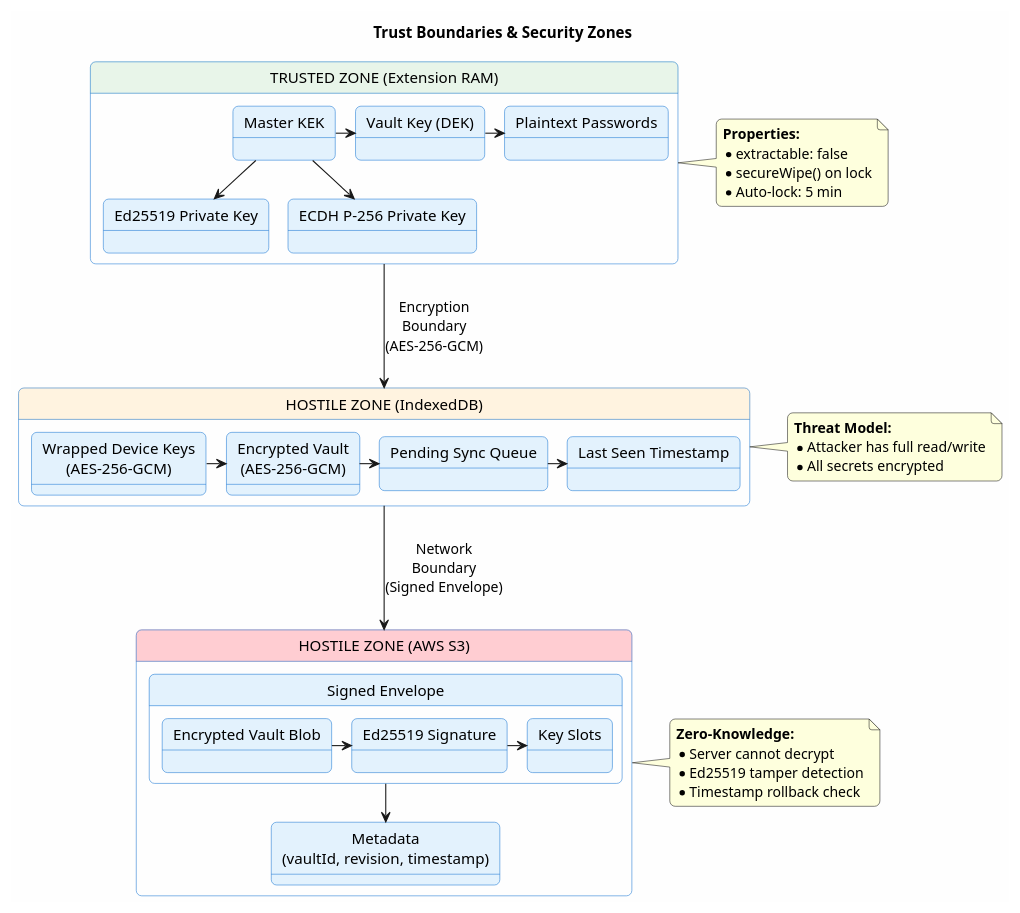
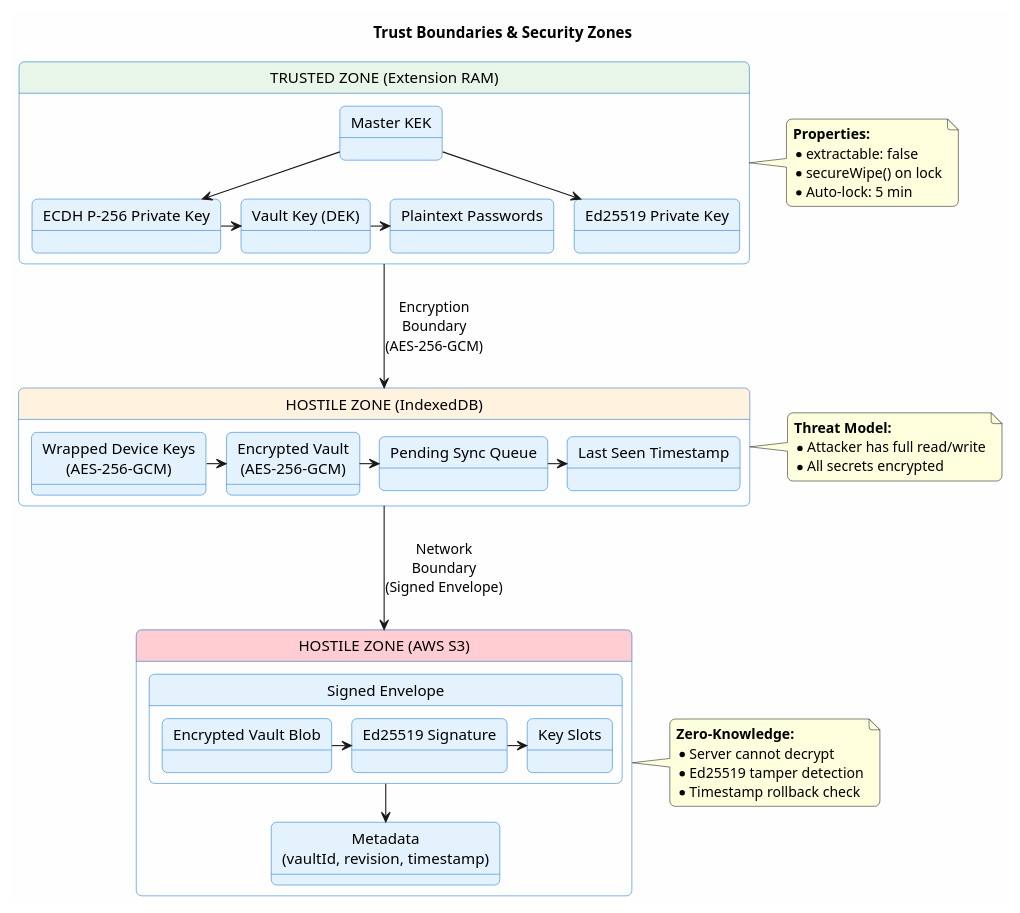
One commit to ArionStudio/engr-serverless-pm changed the diagram in docs/architecture/02-trust-boundaries.puml. Above: the diagram before and after it, drawn with PlantUML. The commit also changed 7 other files, not shown here.

```diff
--- a/docs/architecture/02-trust-boundaries.puml
+++ b/docs/architecture/02-trust-boundaries.puml
@@ -1,77 +1,77 @@
 @startuml 02-trust-boundaries
 title Trust Boundaries & Security Zones
 
 skinparam backgroundColor #FEFEFE
 skinparam roundcorner 10
 skinparam shadowing false
 
 skinparam state {
     BackgroundColor #E3F2FD
     BorderColor #1976D2
 }
 
 ' === TRUSTED ZONE ===
 state "TRUSTED ZONE (Extension RAM)" as trusted #E8F5E9 {
     state "Master KEK" as masterKek
     state "Vault Key (DEK)" as vaultKey
     state "Ed25519 Private Key" as signKey
     state "ECDH P-256 Private Key" as ecdhKey
     state "Plaintext Passwords" as plaintext
 
-    masterKek -right-> vaultKey
+    ecdhKey -right-> vaultKey
     vaultKey -right-> plaintext
     masterKek -down-> signKey
     masterKek -down-> ecdhKey
 }
 
 ' === HOSTILE DISK ===
 state "HOSTILE ZONE (IndexedDB)" as disk #FFF3E0 {
     state "Wrapped Device Keys\n(AES-256-GCM)" as wrappedKeys
     state "Encrypted Vault\n(AES-256-GCM)" as encVault
     state "Pending Sync Queue" as syncQueue
     state "Last Seen Timestamp" as timestamp
 
     wrappedKeys -right-> encVault
     encVault -right-> syncQueue
     syncQueue -right-> timestamp
 }
 
 ' === HOSTILE CLOUD ===
 state "HOSTILE ZONE (AWS S3)" as cloud #FFCDD2 {
     state "Signed Envelope" as envelope {
         state "Encrypted Vault Blob" as s3Vault
         state "Ed25519 Signature" as signature
         state "Key Slots" as keySlots
     }
     state "Metadata\n(vaultId, revision, timestamp)" as metadata
 
     s3Vault -right-> signature
     signature -right-> keySlots
     envelope -down-> metadata
 }
 
 ' === ZONE CONNECTIONS ===
 trusted -down-> disk : Encryption\nBoundary\n(AES-256-GCM)
 disk -down-> cloud : Network\nBoundary\n(Signed Envelope)
 
 note right of trusted
     **Properties:**
     * extractable: false
     * secureWipe() on lock
     * Auto-lock: 5 min
 end note
 
 note right of disk
     **Threat Model:**
     * Attacker has full read/write
     * All secrets encrypted
 end note
 
 note right of cloud
     **Zero-Knowledge:**
     * Server cannot decrypt
     * Ed25519 tamper detection
     * Timestamp rollback check
 end note
 
 @enduml
```
